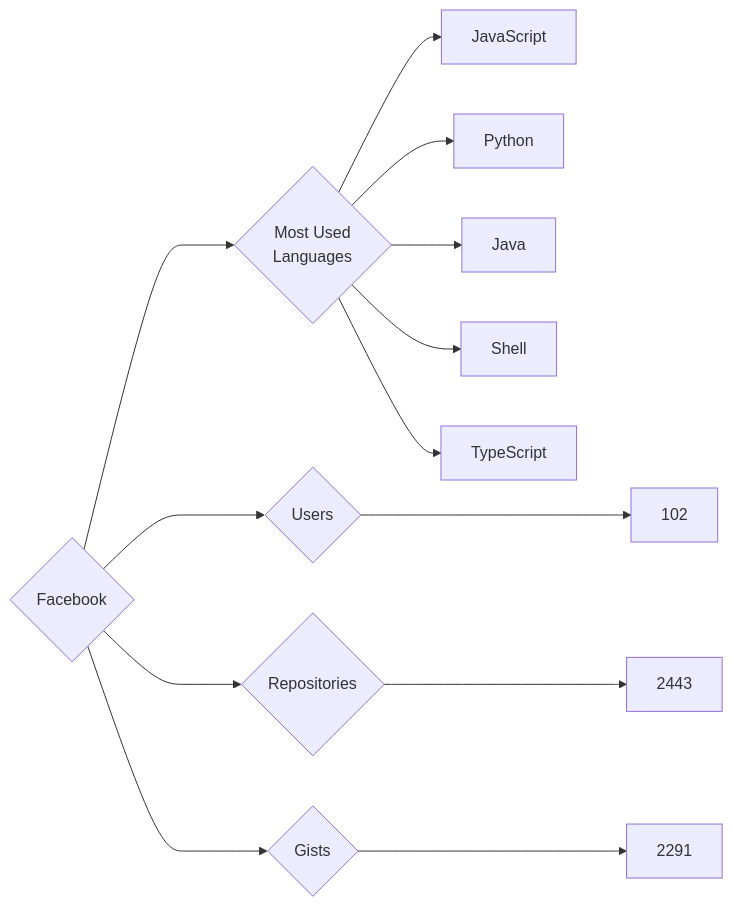
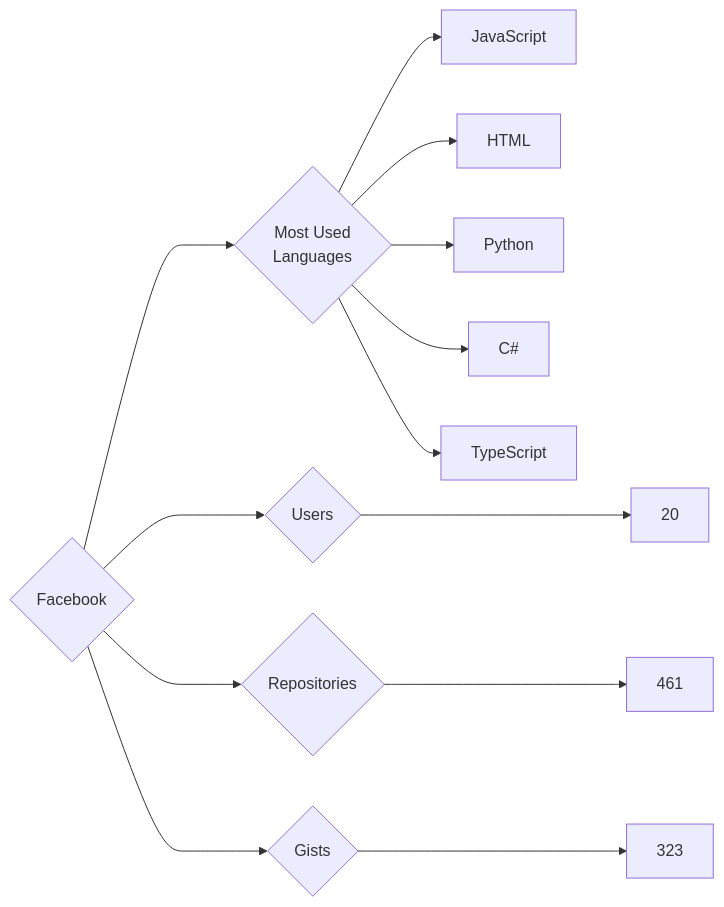
Before and after one commit to trickest/insiders: the diagram in targets/Facebook/README.md, drawn with Mermaid. The commit also changed 944 other files, not shown here.

````diff
--- a/targets/Facebook/README.md
+++ b/targets/Facebook/README.md
@@ -3,13 +3,13 @@
 ```mermaid
 graph LR
 COMPANY_NAME{Facebook}
-COMPANY_NAME ---> U{Users} ---> UN[102]
-COMPANY_NAME ---> R{Repositories} ---> RN[2443]
-COMPANY_NAME ---> G{Gists} ---> GN[2291]
+COMPANY_NAME ---> U{Users} ---> UN[20]
+COMPANY_NAME ---> R{Repositories} ---> RN[461]
+COMPANY_NAME ---> G{Gists} ---> GN[323]
 COMPANY_NAME ---> ML{Most Used<br>Languages}
 ML --> JavaScript[JavaScript]
+ML --> HTML[HTML]
 ML --> Python[Python]
-ML --> Java[Java]
-ML --> Shell[Shell]
+ML --> C#[C#]
 ML --> TypeScript[TypeScript]
 ```
````
